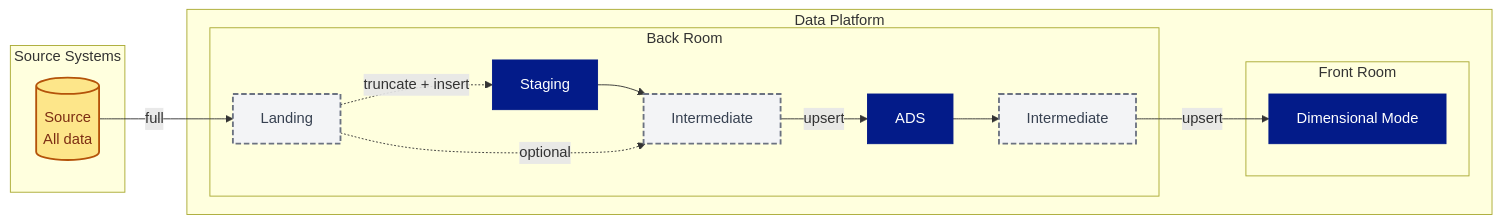
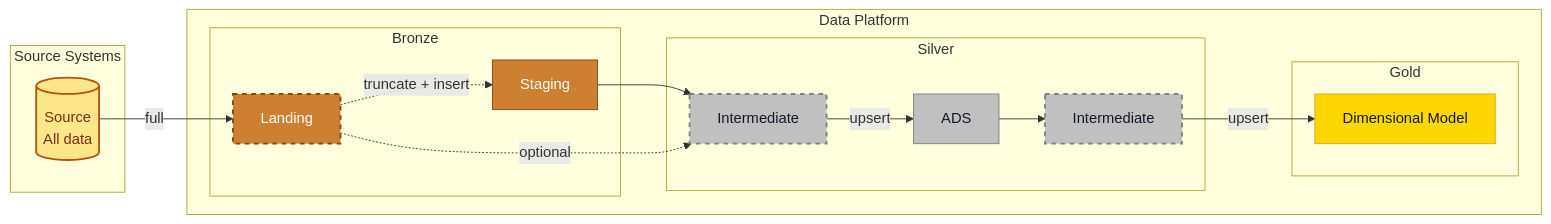
The first of 2 diagrams in Technical Guideline Ops/Architectural Principles/Data Sources & Data Loading.md (PlainsightPro/Vision-Playbook), drawn with Mermaid before and after one commit. The commit also changed other lines of this file and 18 other files, not shown here.

Commit message:
Updated to better align with Bronze/Silver/Gold

````diff
--- a/Technical Guideline Ops/Architectural Principles/Data Sources & Data Loading.md
+++ b/Technical Guideline Ops/Architectural Principles/Data Sources & Data Loading.md
@@ -32,42 +34,39 @@
 ```mermaid
----
-config:
-  theme: forest
-  layout: elk
----
 %%{init: { "flowchart": { "useMaxWidth": true } }}%%
 graph LR
   subgraph Source Systems
     S[(Source<br/>All data)]:::full
   end
 
   subgraph Data Platform
-    subgraph Back Room
-      L[Landing]:::delta
-      B[Staging]:::all
-      M1[Intermediate]:::delta
-      CONF[ADS]:::all
-      M2[Intermediate]:::delta
+    subgraph Bronze
+      L[Landing]:::bronzeOptional
+      B[Staging]:::bronze
     end
-    subgraph Front Room
-      D[Dimensional Mode]:::all
+    subgraph Silver
+      M1[Intermediate]:::silverOptional
+      CONF[ADS]:::silver
+      M2[Intermediate]:::silverOptional
+    end
+    subgraph Gold
+      D[Dimensional Model]:::gold
     end
   end
 
 %% Flows
 S -->|full| L 
 L -.->|truncate + insert| B 
 B --> M1 
 L -.->|optional| M1
-M1 -->|upsert|CONF 
-CONF -->M2 
+M1 -->|upsert| CONF 
+CONF --> M2 
 M2 -->|upsert| D
 
-
 %% Styles
-classDef delta fill:#F3F4F6,stroke:#6B7280,stroke-width:2px,stroke-dasharray:6 3,color:#374151;
-classDef all fill:#031B89,stroke:#031B89,stroke-width:1px,color:#FFFFFF;
+classDef bronze fill:#CD7F32,stroke:#8B4513,stroke-width:1px,color:#FFFFFF;
+classDef bronzeOptional fill:#CD7F32,stroke:#8B4513,stroke-width:2px,stroke-dasharray:5 5,color:#FFFFFF;
+classDef silver fill:#C0C0C0,stroke:#808080,stroke-width:1px,color:#111827;
+classDef silverOptional fill:#C0C0C0,stroke:#808080,stroke-width:2px,stroke-dasharray:5 5,color:#111827;
+classDef gold fill:#FFD700,stroke:#DAA520,stroke-width:1px,color:#111827;
 classDef full fill:#FDE68A,stroke:#B45309,stroke-width:2px,color:#7C2D12;
-
-
 ```
````
